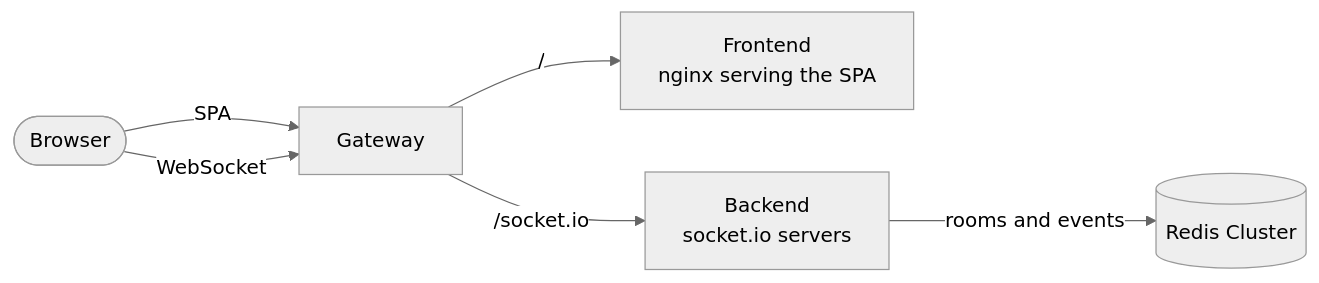
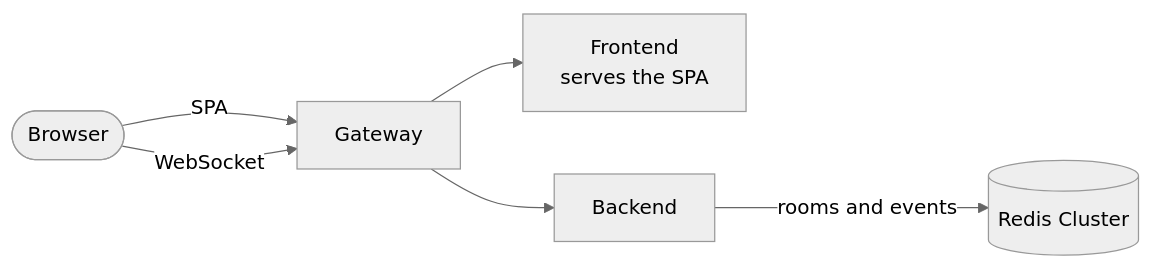
One commit to milesstoetzner/stoetzms-gradingpoker changed the diagram in README.md. Above: the diagram before and after it, drawn with Mermaid (neutral theme). The commit also changed other lines of this file, not shown here.

Commit message:
Add a features overview to the README and simplify the architecture section (#52)

````diff
--- a/README.md
+++ b/README.md
@@ -24,14 +36,14 @@
 ```mermaid
 flowchart LR
     browser([Browser])
     gateway[Gateway]
-    frontend[Frontend<br/>nginx serving the SPA]
-    backend[Backend<br/>socket.io servers]
+    frontend[Frontend<br/>serves the SPA]
+    backend[Backend]
     redis[(Redis Cluster)]
 
     browser -- SPA --> gateway
     browser -- WebSocket --> gateway
-    gateway -- "/" --> frontend
-    gateway -- "/socket.io" --> backend
+    gateway --> frontend
+    gateway --> backend
     backend -- rooms and events --> redis
 ```
````
